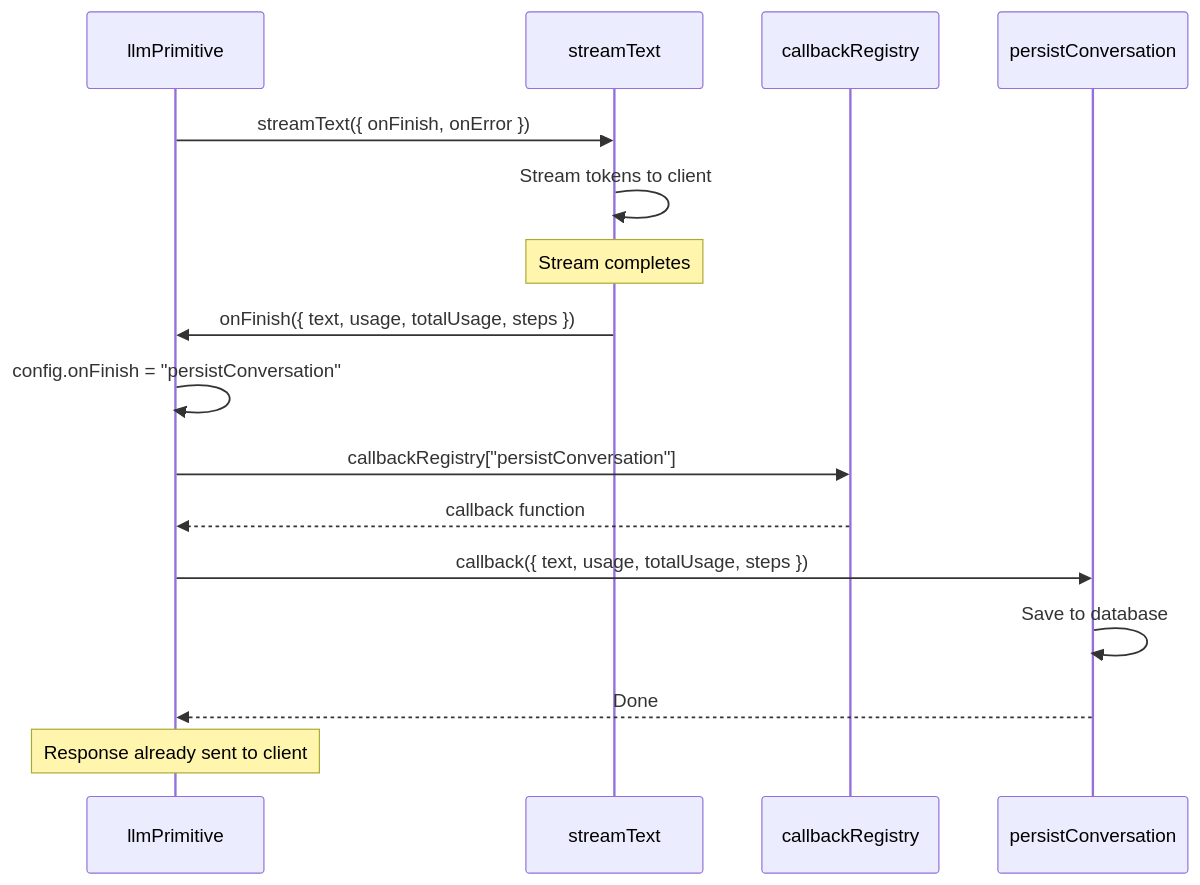
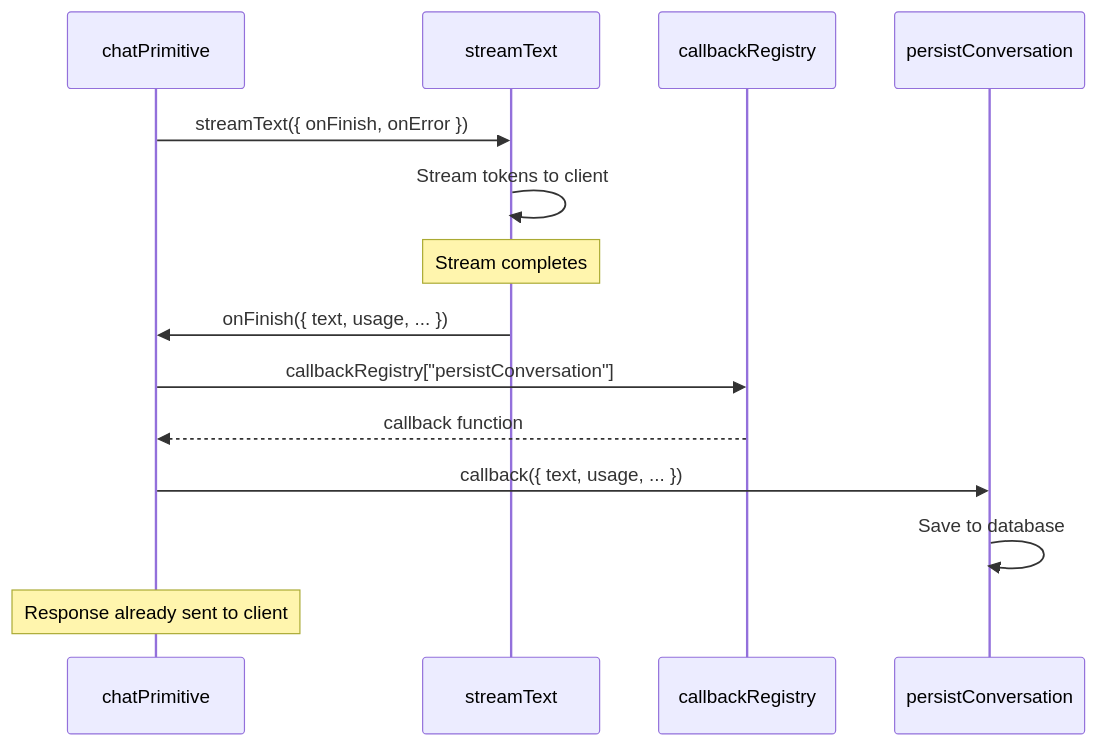
The fourth of 4 diagrams in docs/architecture/core-workflows.md (botanarede/beddel), drawn with Mermaid before and after one commit. The commit also changed other lines of this file and 18 other files, not shown here.

First line of the commit message:
feat(primitives): add chat primitive and refactor llm architecture

````diff
--- a/docs/architecture/core-workflows.md
+++ b/docs/architecture/core-workflows.md
@@ -245,22 +264,20 @@
 ```mermaid
 sequenceDiagram
-    participant LLM as llmPrimitive
+    participant Chat as chatPrimitive
     participant SDK as streamText
     participant Registry as callbackRegistry
     participant Callback as persistConversation
 
-    LLM->>SDK: streamText({ onFinish, onError })
+    Chat->>SDK: streamText({ onFinish, onError })
     SDK->>SDK: Stream tokens to client
     
     Note over SDK: Stream completes
     
-    SDK->>LLM: onFinish({ text, usage, totalUsage, steps })
-    LLM->>LLM: config.onFinish = "persistConversation"
-    LLM->>Registry: callbackRegistry["persistConversation"]
-    Registry-->>LLM: callback function
-    LLM->>Callback: callback({ text, usage, totalUsage, steps })
+    SDK->>Chat: onFinish({ text, usage, ... })
+    Chat->>Registry: callbackRegistry["persistConversation"]
+    Registry-->>Chat: callback function
+    Chat->>Callback: callback({ text, usage, ... })
     Callback->>Callback: Save to database
-    Callback-->>LLM: Done
     
-    Note over LLM: Response already sent to client
+    Note over Chat: Response already sent to client
 ```
````
